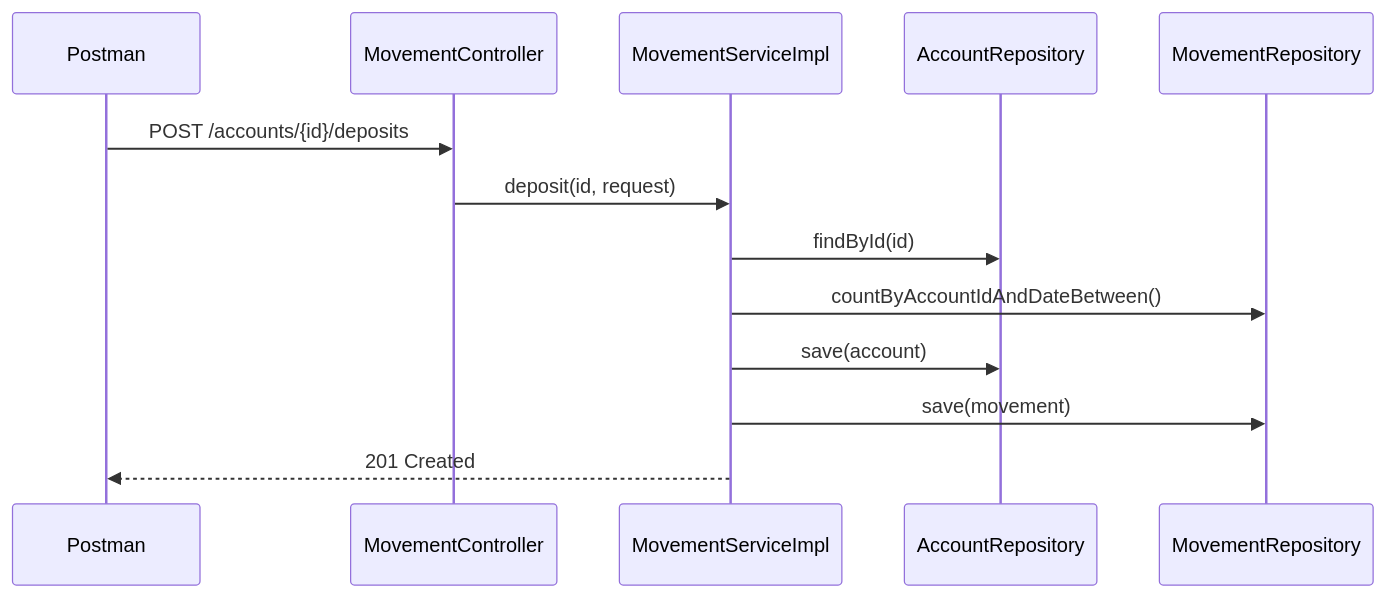
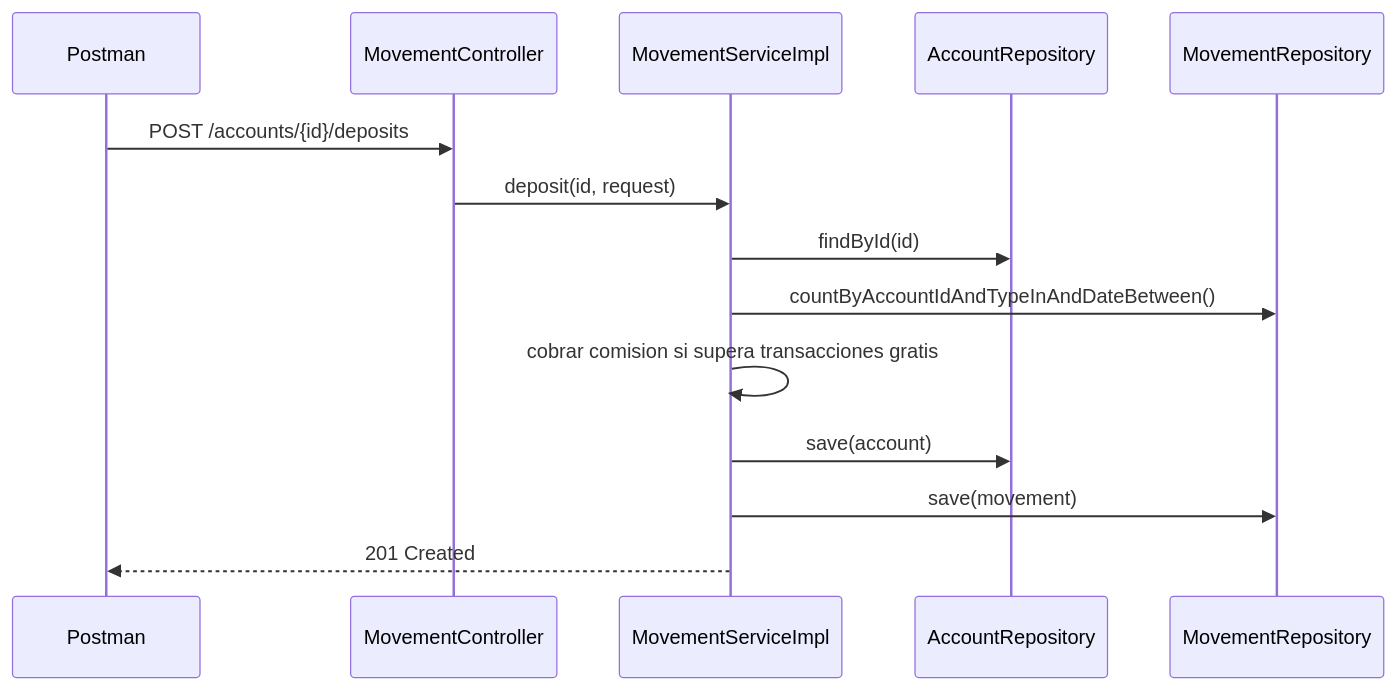
The third of 4 diagrams in docs/diagrams.md (msalinas-se/account-service), drawn with Mermaid before and after one commit. The commit also changed other lines of this file and 41 other files, not shown here.

````diff
--- a/docs/diagrams.md
+++ b/docs/diagrams.md
@@ -57,10 +69,11 @@
 ```mermaid
 sequenceDiagram
   Postman->>MovementController: POST /accounts/{id}/deposits
   MovementController->>MovementServiceImpl: deposit(id, request)
   MovementServiceImpl->>AccountRepository: findById(id)
-  MovementServiceImpl->>MovementRepository: countByAccountIdAndDateBetween()
+  MovementServiceImpl->>MovementRepository: countByAccountIdAndTypeInAndDateBetween()
+  MovementServiceImpl->>MovementServiceImpl: cobrar comision si supera transacciones gratis
   MovementServiceImpl->>AccountRepository: save(account)
   MovementServiceImpl->>MovementRepository: save(movement)
   MovementServiceImpl-->>Postman: 201 Created
 ```
````
